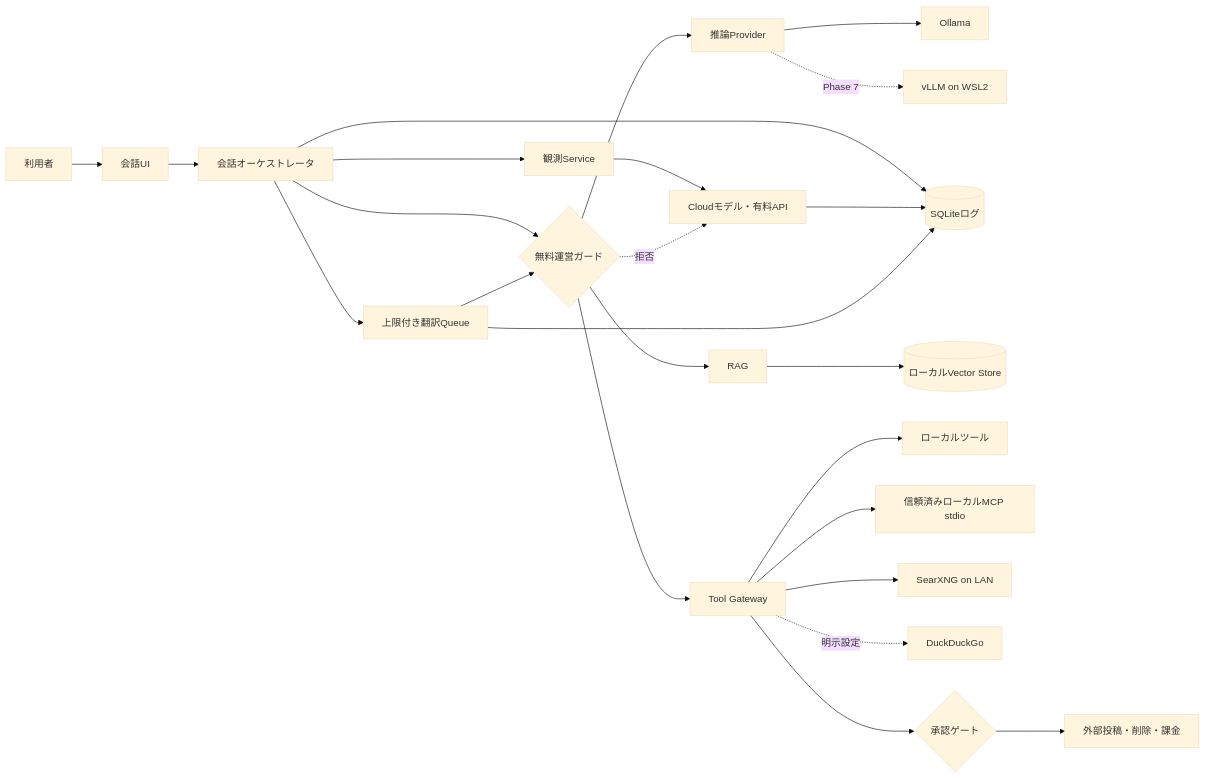
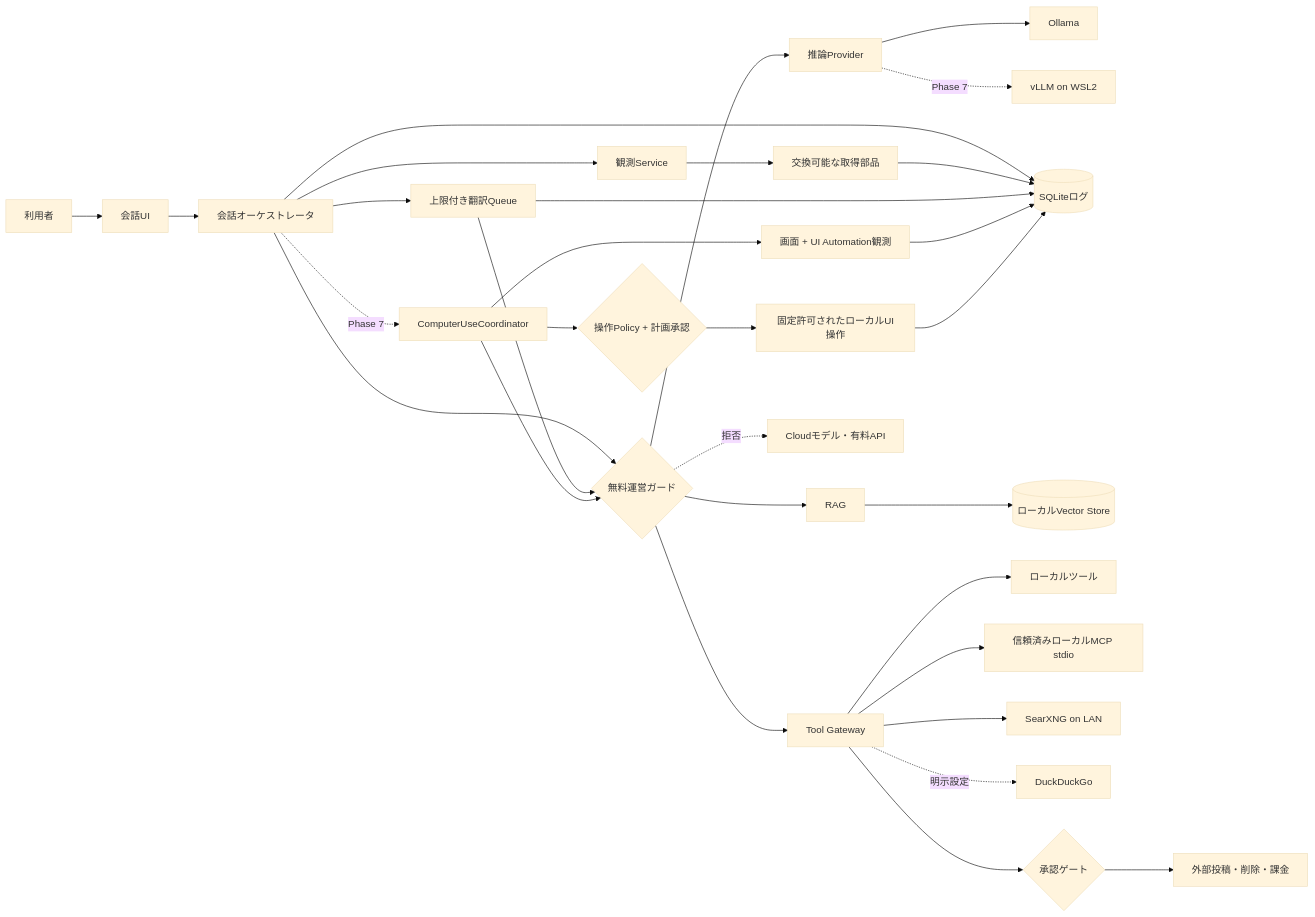
Before and after one commit to mama-116/local-ai-workbench-starter: the diagram in docs/ARCHITECTURE.md, drawn with Mermaid (base theme). The commit also changed other lines of this file and 3 other files, not shown here.

````diff
--- a/docs/ARCHITECTURE.md
+++ b/docs/ARCHITECTURE.md
@@ -7,26 +7,33 @@
 ```mermaid
 flowchart LR
     U[利用者] --> UI[会話UI]
     UI --> O[会話オーケストレータ]
     O --> F{無料運営ガード}
     F --> P[推論Provider]
     P --> OL[Ollama]
     P -. Phase 7 .-> VL[vLLM on WSL2]
     O --> DB[(SQLiteログ)]
     O --> M[観測Service]
-    M --> C[交換可能な取得部品]
-    C --> DB
+    M --> COL[交換可能な取得部品]
+    COL --> DB
     O --> Q[上限付き翻訳Queue]
     Q --> F
     Q --> DB
     F --> R[RAG]
     R --> V[(ローカルVector Store)]
     F --> T[Tool Gateway]
     T --> L[ローカルツール]
     T --> MCP[信頼済みローカルMCP stdio]
     T --> S[SearXNG on LAN]
     T -. 明示設定 .-> D[DuckDuckGo]
     T --> A{承認ゲート}
     A --> X[外部投稿・削除・課金]
-    F -. 拒否 .-> C[Cloudモデル・有料API]
+    O -. Phase 7 .-> CU[ComputerUseCoordinator]
+    CU --> F
+    CU --> OBS[画面 + UI Automation観測]
+    CU --> CAP{操作Policy + 計画承認}
+    CAP --> ACT[固定許可されたローカルUI操作]
+    OBS --> DB
+    ACT --> DB
+    F -. 拒否 .-> CLD[Cloudモデル・有料API]
 ```
````
